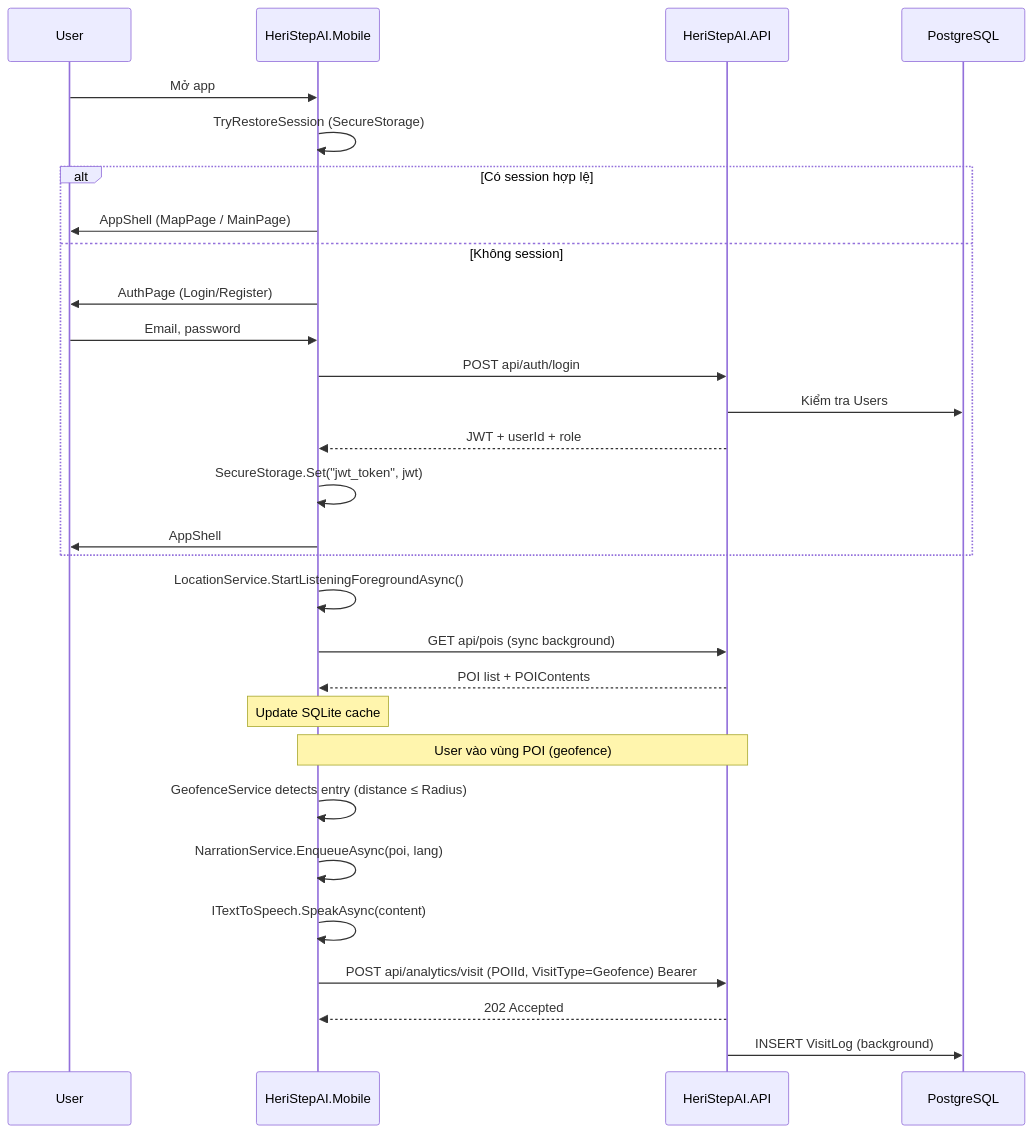
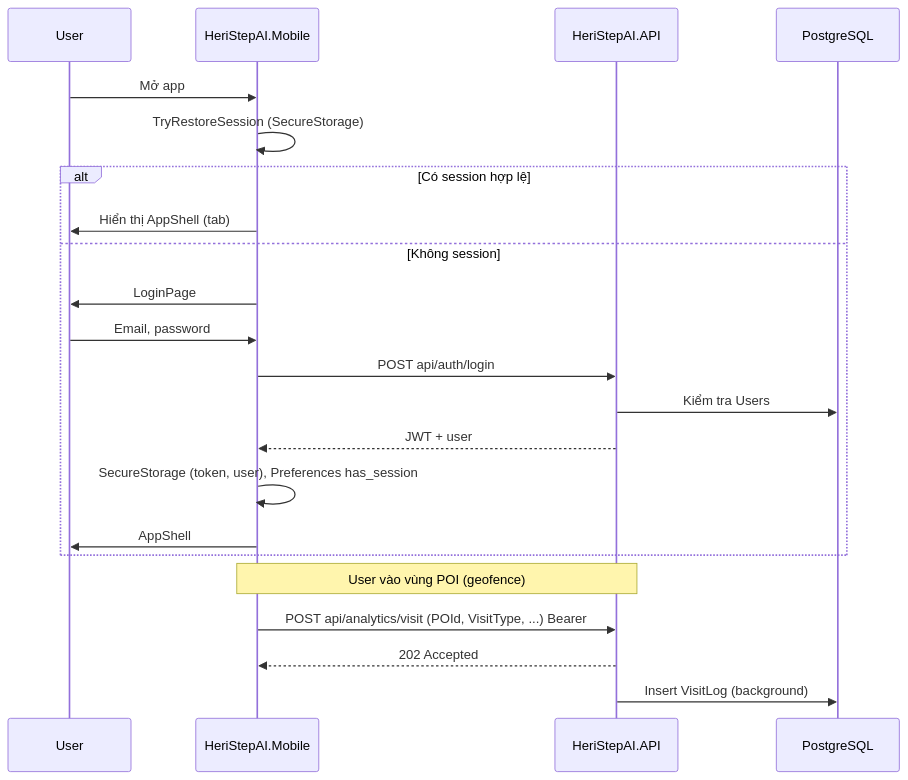
Before and after one commit to KhanhChung2k5/k_tour: the sixth of 12 diagrams in docs/PRODUCT_REQUIREMENTS.md, drawn with Mermaid. The commit also changed other lines of this file, not shown here.

````diff
--- a/docs/PRODUCT_REQUIREMENTS.md
+++ b/docs/PRODUCT_REQUIREMENTS.md
@@ -315,34 +533,26 @@
 ```mermaid
 sequenceDiagram
     participant User
     participant App as HeriStepAI.Mobile
     participant API as HeriStepAI.API
     participant DB as PostgreSQL
 
     User->>App: Mở app
     App->>App: TryRestoreSession (SecureStorage)
     alt Có session hợp lệ
-        App->>User: AppShell (MapPage / MainPage)
+        App->>User: Hiển thị AppShell (tab)
     else Không session
-        App->>User: AuthPage (Login/Register)
+        App->>User: LoginPage
         User->>App: Email, password
         App->>API: POST api/auth/login
         API->>DB: Kiểm tra Users
-        API-->>App: JWT + userId + role
-        App->>App: SecureStorage.Set("jwt_token", jwt)
+        API-->>App: JWT + user
+        App->>App: SecureStorage (token, user), Preferences has_session
         App->>User: AppShell
     end
 
-    App->>App: LocationService.StartListeningForegroundAsync()
-    App->>API: GET api/pois (sync background)
-    API-->>App: POI list + POIContents
-    Note over App: Update SQLite cache
-
     Note over App,API: User vào vùng POI (geofence)
-    App->>App: GeofenceService detects entry (distance ≤ Radius)
-    App->>App: NarrationService.EnqueueAsync(poi, lang)
-    App->>App: ITextToSpeech.SpeakAsync(content)
-    App->>API: POST api/analytics/visit (POIId, VisitType=Geofence) Bearer
+    App->>API: POST api/analytics/visit (POId, VisitType, ...) Bearer
     API-->>App: 202 Accepted
-    API->>DB: INSERT VisitLog (background)
+    API->>DB: Insert VisitLog (background)
 ```
````
